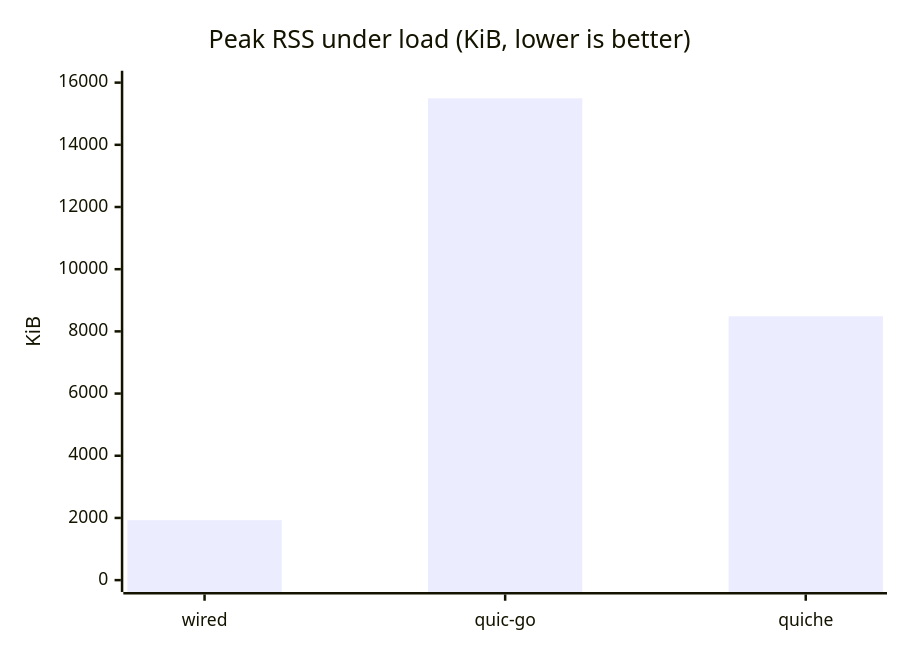
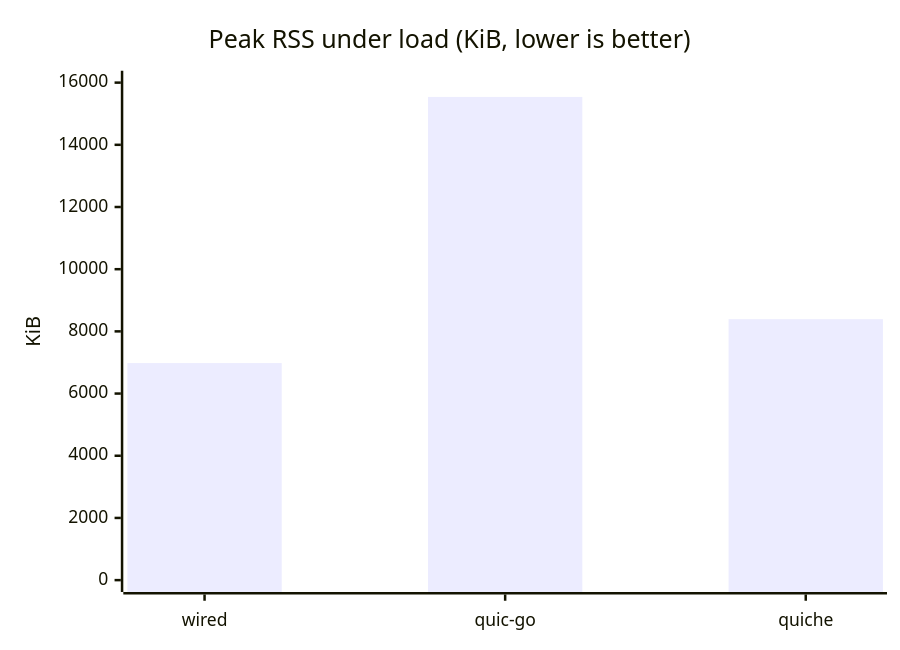
The fifth of 6 diagrams in docs/performance/comparison.md (Hakkadaikon/wired), drawn with Mermaid before and after one commit. The commit also changed other lines of this file, not shown here.

````diff
--- a/docs/performance/comparison.md
+++ b/docs/performance/comparison.md
@@ -354,7 +389,7 @@
 ```mermaid
 xychart-beta
     title "Peak RSS under load (KiB, lower is better)"
     x-axis ["wired", "quic-go", "quiche"]
     y-axis "KiB" 0 --> 16000
-    bar [1928, 15496, 8484]
+    bar [6980, 15540, 8392]
 ```
````
